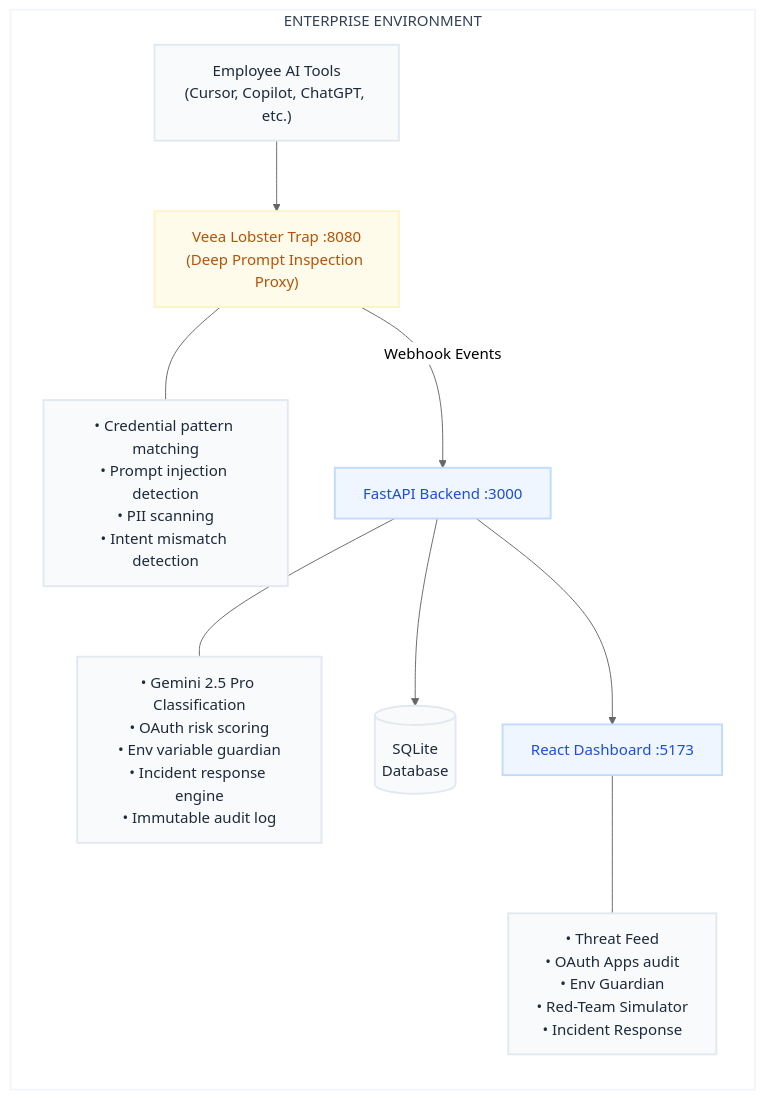
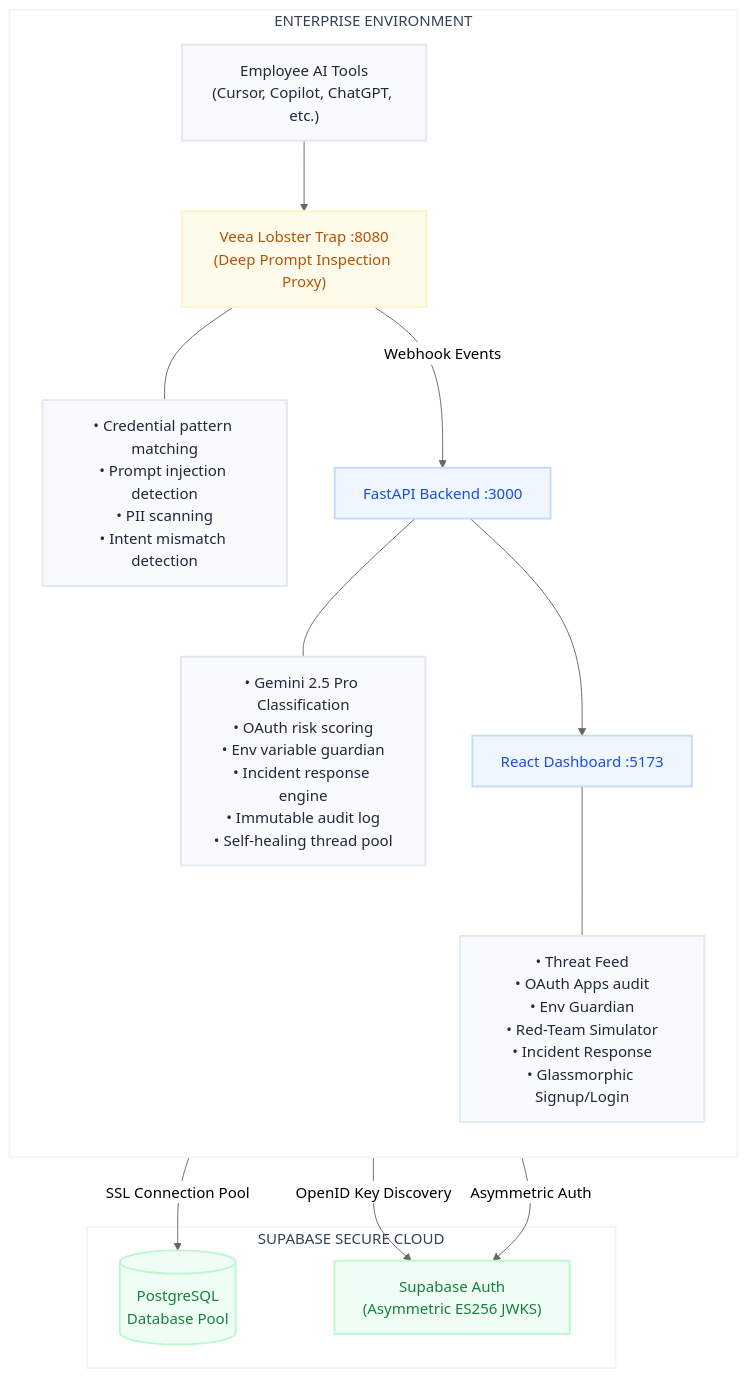
One commit to codedbyasim/ContextGuard changed the diagram in README.md. Above: the diagram before and after it, drawn with Mermaid (neutral theme). The commit also changed other lines of this file and 22 other files, not shown here.

Commit message:
feat: implement Supabase database and signup/login authentication

````diff
--- a/README.md
+++ b/README.md
@@ -41,41 +41,50 @@
 ```mermaid
 flowchart TD
     subgraph Enterprise["ENTERPRISE ENVIRONMENT"]
         direction TB
         
         Tools["Employee AI Tools\n(Cursor, Copilot, ChatGPT, etc.)"]
         
         Proxy["Veea Lobster Trap :8080\n(Deep Prompt Inspection Proxy)"]
         ProxyNote["• Credential pattern matching\n• Prompt injection detection\n• PII scanning\n• Intent mismatch detection"]
         
         Backend["FastAPI Backend :3000"]
-        BackendNote["• Gemini 2.5 Pro Classification\n• OAuth risk scoring\n• Env variable guardian\n• Incident response engine\n• Immutable audit log"]
-        
-        DB[("SQLite\nDatabase")]
+        BackendNote["• Gemini 2.5 Pro Classification\n• OAuth risk scoring\n• Env variable guardian\n• Incident response engine\n• Immutable audit log\n• Self-healing thread pool"]
         
         UI["React Dashboard :5173"]
-        UINote["• Threat Feed\n• OAuth Apps audit\n• Env Guardian\n• Red-Team Simulator\n• Incident Response"]
+        UINote["• Threat Feed\n• OAuth Apps audit\n• Env Guardian\n• Red-Team Simulator\n• Incident Response\n• Glassmorphic Signup/Login"]
         
         Tools --> Proxy
         Proxy --- ProxyNote
         
         Proxy -- "Webhook Events" --> Backend
         Backend --- BackendNote
         
-        Backend --> DB
         Backend --> UI
         UI --- UINote
     end
+
+    subgraph Cloud["SUPABASE SECURE CLOUD"]
+        DB[("PostgreSQL\nDatabase Pool")]
+        AuthGateway["Supabase Auth\n(Asymmetric ES256 JWKS)"]
+    end
+
+    Backend -- "SSL Connection Pool" --> DB
+    Backend -- "OpenID Key Discovery" --> AuthGateway
+    UI -- "Asymmetric Auth" --> AuthGateway
 
     classDef default fill:#f8fafc,stroke:#e2e8f0,stroke-width:2px,color:#1e293b;
     classDef highlight fill:#eff6ff,stroke:#bfdbfe,stroke-width:2px,color:#1d4ed8;
     classDef alert fill:#fff1f2,stroke:#fecdd3,stroke-width:2px,color:#be123c;
     classDef proxy fill:#fffbeb,stroke:#fef3c7,stroke-width:2px,color:#b45309;
     classDef bg fill:#ffffff,stroke:#f1f5f9,stroke-width:2px,color:#334155;
+    classDef cloud fill:#f0fdf4,stroke:#bbf7d0,stroke-width:2px,color:#15803d;
     
     class Proxy proxy;
     class Backend highlight;
-    class DB default;
+    class DB cloud;
+    class AuthGateway cloud;
     class UI highlight;
     class Enterprise bg;
+    class Cloud bg;
 ```
````
